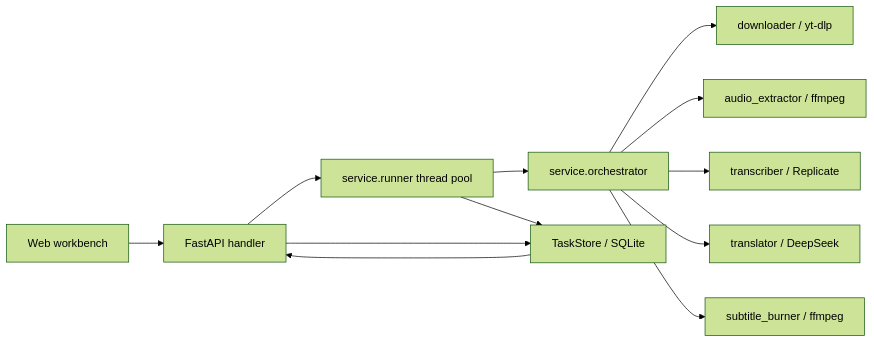
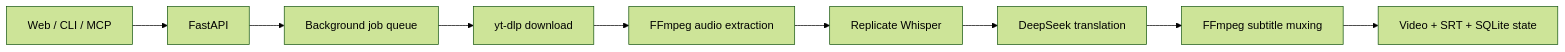
Before and after one commit to S-zhi/LynxSense: the second of 2 diagrams in README.en.md, drawn with Mermaid (forest theme). The commit also changed other lines of this file and 2 other files, not shown here.

Commit message:
docs: showcase MCP and web workflows

````diff
--- a/README.en.md
+++ b/README.en.md
@@ -261,14 +205,11 @@
 ```mermaid
 flowchart LR
-    Browser["Web workbench"] --> API["FastAPI handler"]
-    API --> Runner["service.runner thread pool"]
-    Runner --> Orchestrator["service.orchestrator"]
-    Orchestrator --> Downloader["downloader / yt-dlp"]
-    Orchestrator --> Audio["audio_extractor / ffmpeg"]
-    Orchestrator --> ASR["transcriber / Replicate"]
-    Orchestrator --> Translator["translator / DeepSeek"]
-    Orchestrator --> Burner["subtitle_burner / ffmpeg"]
-    API --> Store["TaskStore / SQLite"]
-    Runner --> Store
-    Store --> API
+    Client["Web / CLI / MCP"] --> API["FastAPI"]
+    API --> Runner["Background job queue"]
+    Runner --> Download["yt-dlp download"]
+    Download --> Audio["FFmpeg audio extraction"]
+    Audio --> ASR["Replicate Whisper"]
+    ASR --> Translate["DeepSeek translation"]
+    Translate --> Burn["FFmpeg subtitle muxing"]
+    Burn --> Store["Video + SRT + SQLite state"]
 ```
````
